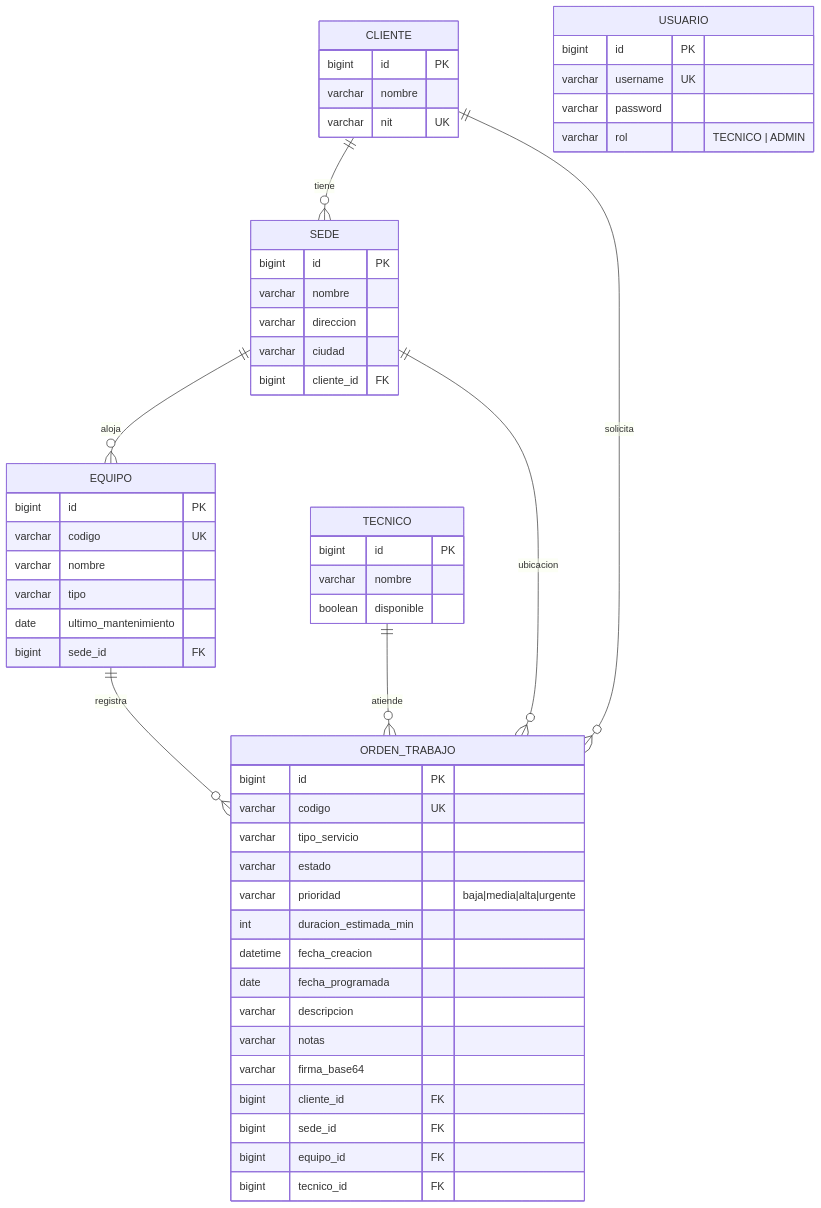
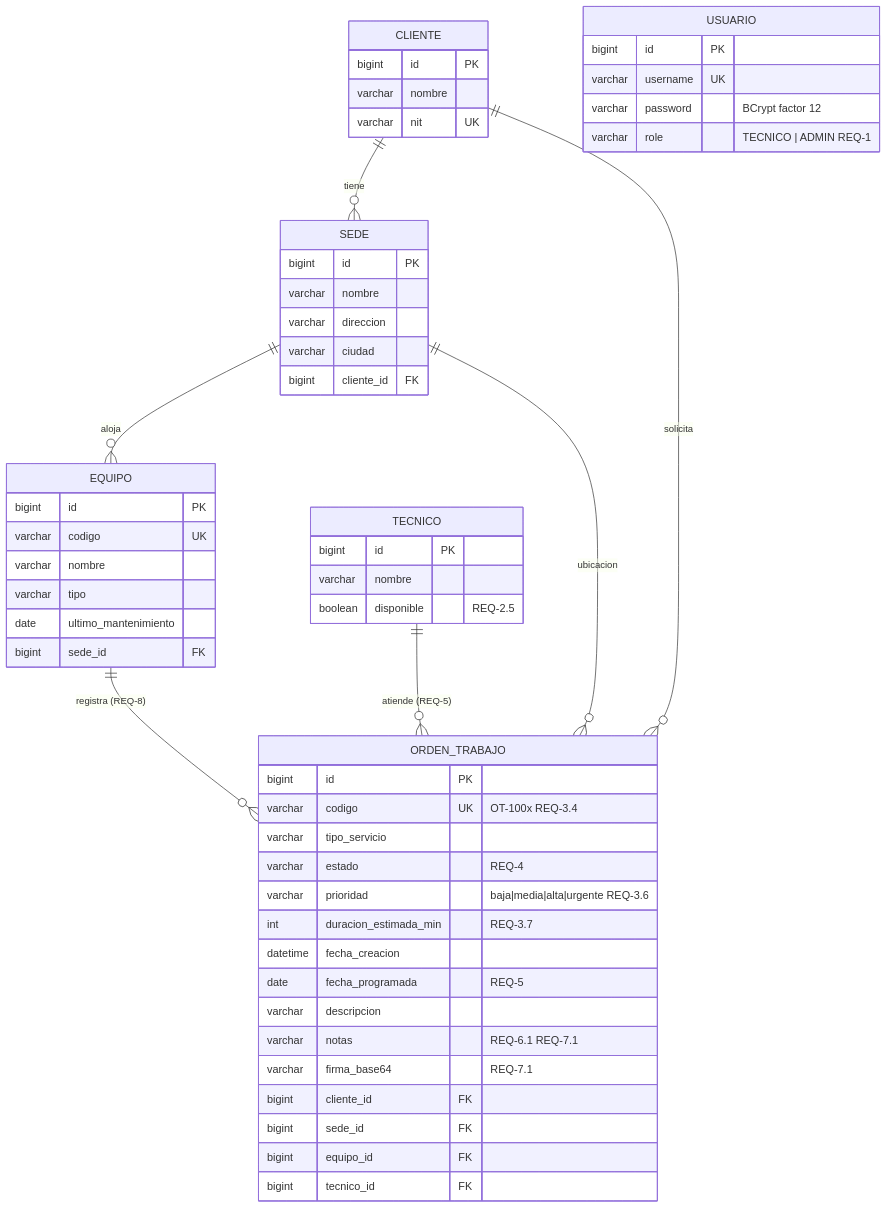
The seventh of 8 diagrams in docs/architecture.md (Ed-Pino/FieldFlow), drawn with Mermaid before and after one commit. The commit also changed other lines of this file and 4 other files, not shown here.

````diff
--- a/docs/architecture.md
+++ b/docs/architecture.md
@@ -136,58 +182,58 @@
 ```mermaid
 erDiagram
     CLIENTE ||--o{ SEDE : "tiene"
     SEDE ||--o{ EQUIPO : "aloja"
-    EQUIPO ||--o{ ORDEN_TRABAJO : "registra"
-    TECNICO ||--o{ ORDEN_TRABAJO : "atiende"
+    EQUIPO ||--o{ ORDEN_TRABAJO : "registra (REQ-8)"
+    TECNICO ||--o{ ORDEN_TRABAJO : "atiende (REQ-5)"
     CLIENTE ||--o{ ORDEN_TRABAJO : "solicita"
     SEDE ||--o{ ORDEN_TRABAJO : "ubicacion"
 
     USUARIO {
         bigint id PK
         varchar username UK
-        varchar password
-        varchar rol "TECNICO | ADMIN"
+        varchar password "BCrypt factor 12"
+        varchar role "TECNICO | ADMIN  REQ-1"
     }
     CLIENTE {
         bigint id PK
         varchar nombre
         varchar nit UK
     }
     SEDE {
         bigint id PK
         varchar nombre
         varchar direccion
         varchar ciudad
         bigint cliente_id FK
     }
     EQUIPO {
         bigint id PK
         varchar codigo UK
         varchar nombre
         varchar tipo
         date ultimo_mantenimiento
         bigint sede_id FK
     }
     TECNICO {
         bigint id PK
         varchar nombre
-        boolean disponible
+        boolean disponible "REQ-2.5"
     }
     ORDEN_TRABAJO {
         bigint id PK
-        varchar codigo UK
+        varchar codigo UK "OT-100x  REQ-3.4"
         varchar tipo_servicio
-        varchar estado
-        varchar prioridad "baja|media|alta|urgente"
-        int duracion_estimada_min
+        varchar estado "REQ-4"
+        varchar prioridad "baja|media|alta|urgente  REQ-3.6"
+        int duracion_estimada_min "REQ-3.7"
         datetime fecha_creacion
-        date fecha_programada
+        date fecha_programada "REQ-5"
         varchar descripcion
-        varchar notas
-        varchar firma_base64
+        varchar notas "REQ-6.1 REQ-7.1"
+        varchar firma_base64 "REQ-7.1"
         bigint cliente_id FK
         bigint sede_id FK
         bigint equipo_id FK
         bigint tecnico_id FK
     }
 ```
````
